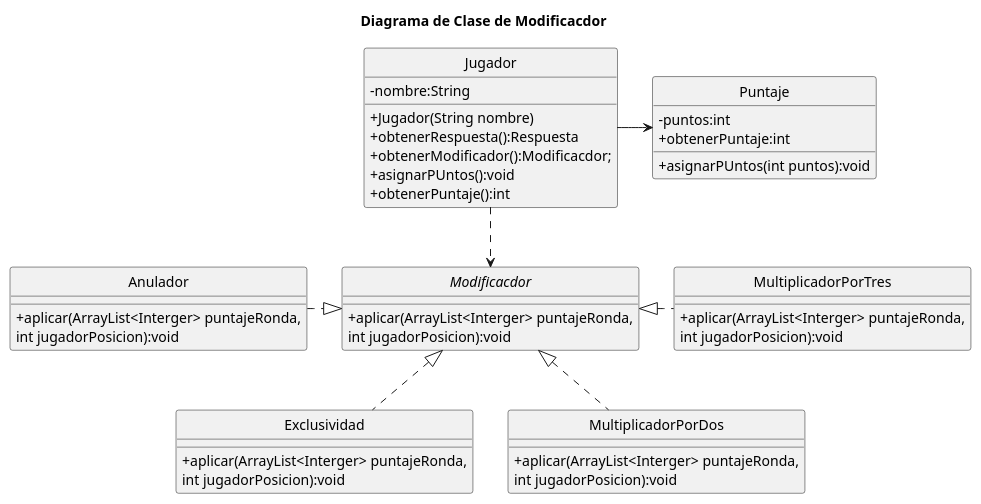
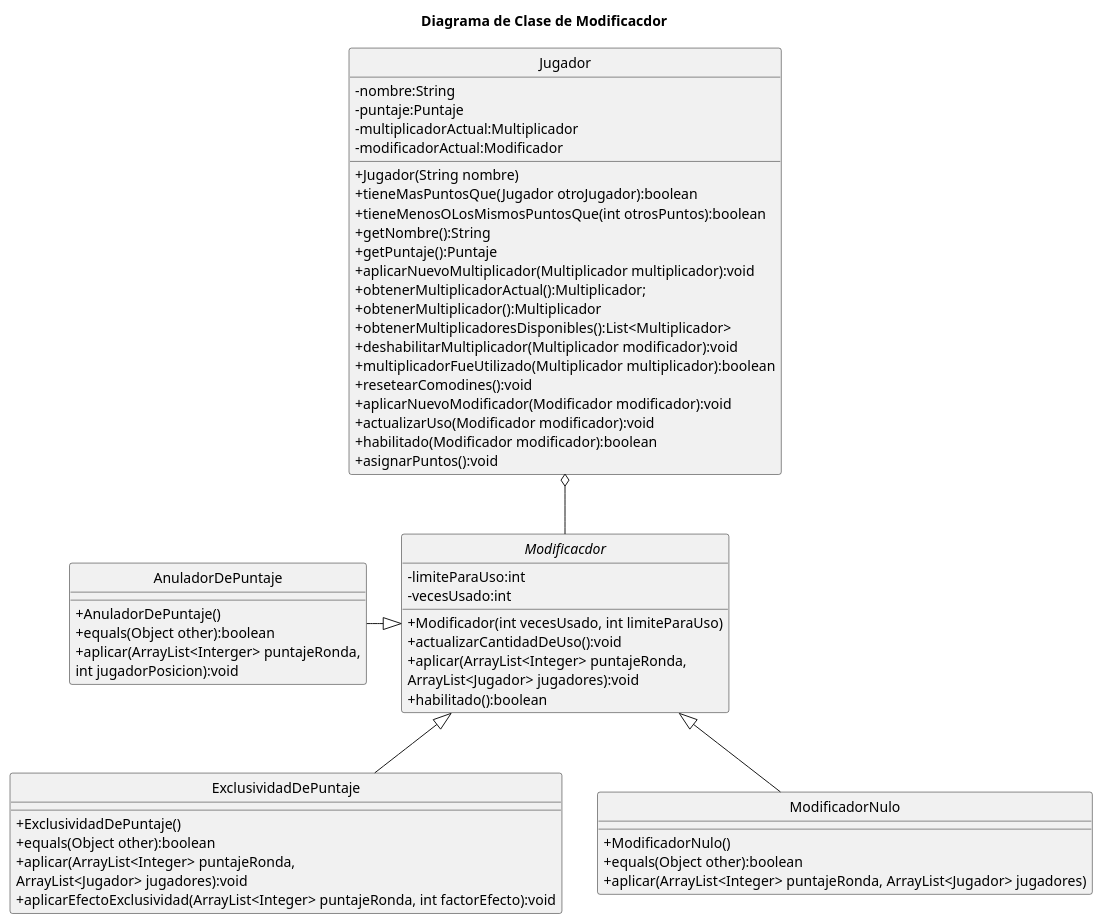
The diagram in diagrams/classes/entrega2/Modificador.puml (gimnasialp/algo3_proyecto_base_tp2), drawn with PlantUML before and after one commit. The commit also changed 10 other files, not shown here.

```diff
--- a/diagrams/classes/entrega2/Modificador.puml
+++ b/diagrams/classes/entrega2/Modificador.puml
@@ -1,47 +1,67 @@
 @startuml
 'https://plantuml.com/sequence-diagram
 title Diagrama de Clase de Modificacdor
 skinparam monochrome true
 hide circle
 skinparam classAttributeIconSize 0
-interface Modificacdor{
+abstract class Modificacdor{
+    -limiteParaUso:int
+    -vecesUsado:int
+    +Modificador(int vecesUsado, int limiteParaUso)
+    +actualizarCantidadDeUso():void
+    +aplicar(ArrayList<Integer> puntajeRonda,
+     ArrayList<Jugador> jugadores):void
+    +habilitado():boolean
+
+}
+class AnuladorDePuntaje{
+    +AnuladorDePuntaje()
+    +equals(Object other):boolean
     +aplicar(ArrayList<Interger> puntajeRonda,
     int jugadorPosicion):void
+
 }
-class Anulador{
-    +aplicar(ArrayList<Interger> puntajeRonda,
-    int jugadorPosicion):void
+class ExclusividadDePuntaje{
+    +ExclusividadDePuntaje()
+    +equals(Object other):boolean
+    +aplicar(ArrayList<Integer> puntajeRonda,
+    ArrayList<Jugador> jugadores):void
+    +aplicarEfectoExclusividad(ArrayList<Integer> puntajeRonda, int factorEfecto):void
 }
-class Exclusividad{
-    +aplicar(ArrayList<Interger> puntajeRonda,
-    int jugadorPosicion):void
+
+class  ModificadorNulo {
+    +ModificadorNulo()
+    +equals(Object other):boolean
+    +aplicar(ArrayList<Integer> puntajeRonda, ArrayList<Jugador> jugadores)
 }
-class MultiplicadorPorDos{
-    +aplicar(ArrayList<Interger> puntajeRonda,
-     int jugadorPosicion):void
-}
-class MultiplicadorPorTres{
-    +aplicar(ArrayList<Interger> puntajeRonda,
-     int jugadorPosicion):void
-}
-class Puntaje{
- -puntos:int
- +asignarPUntos(int puntos):void
- +obtenerPuntaje:int
-}
+
 class Jugador{
     -nombre:String
+    -puntaje:Puntaje
+    -multiplicadorActual:Multiplicador
+    -modificadorActual:Modificador
     +Jugador(String nombre)
-    +obtenerRespuesta():Respuesta
-    +obtenerModificador():Modificacdor;
-    +asignarPUntos():void
-    +obtenerPuntaje():int
+    +tieneMasPuntosQue(Jugador otroJugador):boolean
+    +tieneMenosOLosMismosPuntosQue(int otrosPuntos):boolean
+    +getNombre():String
+    +getPuntaje():Puntaje
+    +aplicarNuevoMultiplicador(Multiplicador multiplicador):void
+    +obtenerMultiplicadorActual():Multiplicador;
+    +obtenerMultiplicador():Multiplicador
+    +obtenerMultiplicadoresDisponibles():List<Multiplicador>
+    +deshabilitarMultiplicador(Multiplicador modificador):void
+    +multiplicadorFueUtilizado(Multiplicador multiplicador):boolean
+    +resetearComodines():void
+    +aplicarNuevoModificador(Modificador modificador):void
+    +actualizarUso(Modificador modificador):void
+    +habilitado(Modificador modificador):boolean
+    +asignarPuntos():void
+
 }
-Modificacdor <|.left. Anulador
-Modificacdor <|.. Exclusividad
-Modificacdor <|.. MultiplicadorPorDos
-Modificacdor <|.right. MultiplicadorPorTres
-Jugador -> Puntaje
-Jugador ..> Modificacdor
+Modificacdor <|-left- AnuladorDePuntaje
+Modificacdor <|-- ExclusividadDePuntaje
+Modificacdor <|-- ModificadorNulo
+Jugador o-- Modificacdor
+
 
 @enduml
```
